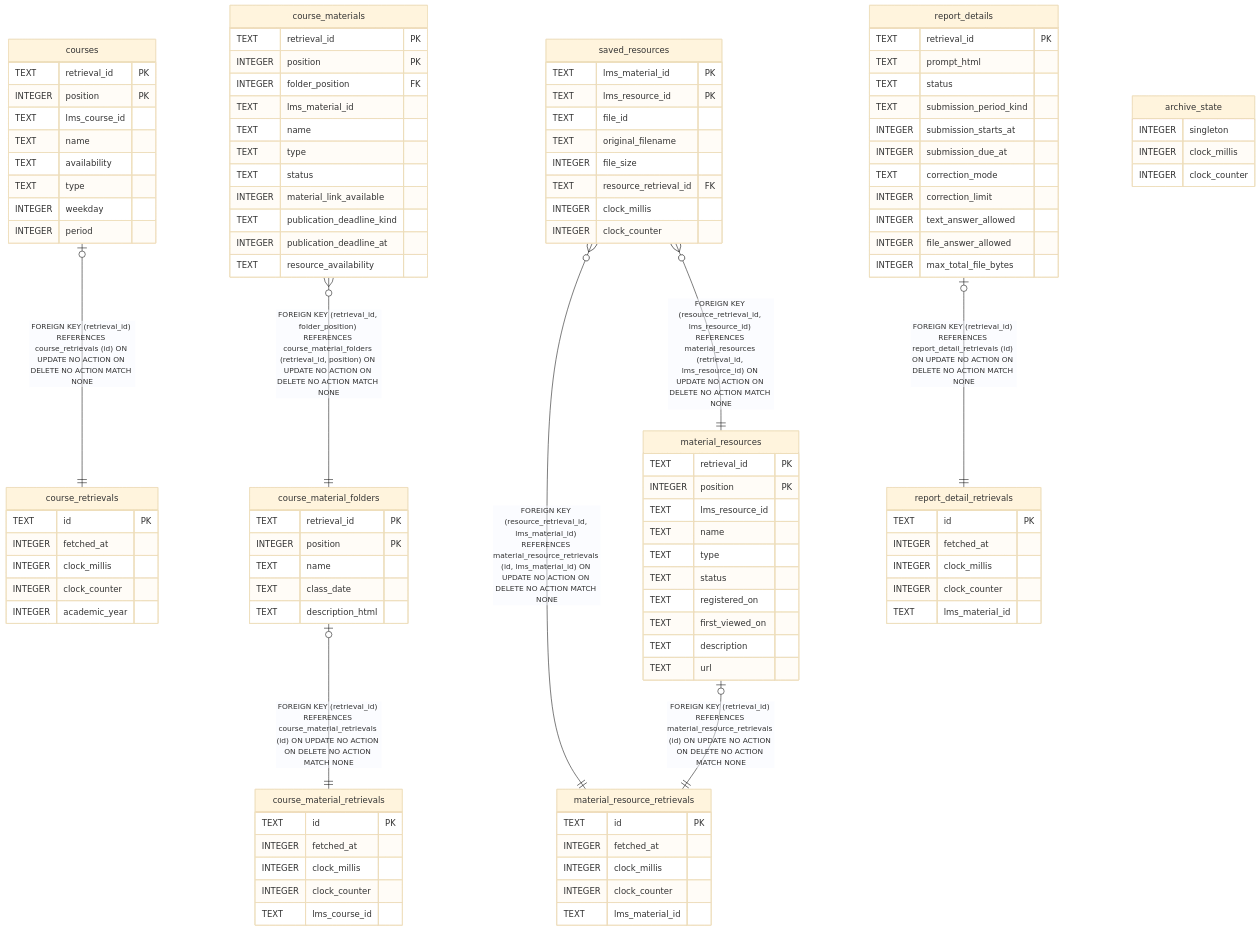
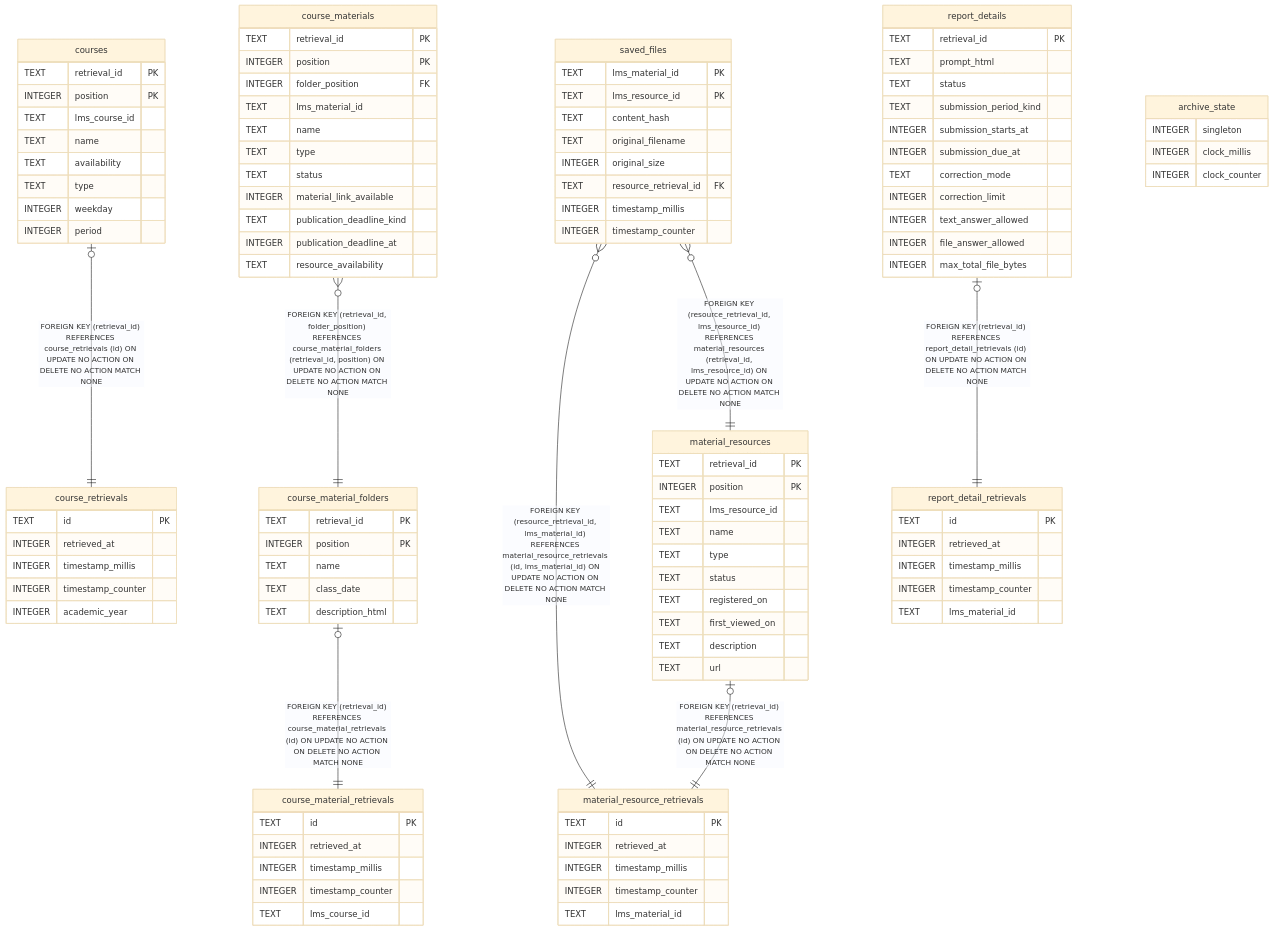
The diagram in docs/db/README.md (futsuuu/ku-potato), drawn with Mermaid (base theme) before and after one commit. The commit also changed other lines of this file and 57 other files, not shown here.

```diff
--- a/docs/db/README.md
+++ b/docs/db/README.md
@@ -25,8 +25,8 @@
 "course_material_folders" |o--|| "course_material_retrievals" : "FOREIGN KEY (retrieval_id) REFERENCES course_material_retrievals (id) ON UPDATE NO ACTION ON DELETE NO ACTION MATCH NONE"
 "course_materials" }o--|| "course_material_folders" : "FOREIGN KEY (retrieval_id, folder_position) REFERENCES course_material_folders (retrieval_id, position) ON UPDATE NO ACTION ON DELETE NO ACTION MATCH NONE"
 "material_resources" |o--|| "material_resource_retrievals" : "FOREIGN KEY (retrieval_id) REFERENCES material_resource_retrievals (id) ON UPDATE NO ACTION ON DELETE NO ACTION MATCH NONE"
-"saved_resources" }o--|| "material_resource_retrievals" : "FOREIGN KEY (resource_retrieval_id, lms_material_id) REFERENCES material_resource_retrievals (id, lms_material_id) ON UPDATE NO ACTION ON DELETE NO ACTION MATCH NONE"
-"saved_resources" }o--|| "material_resources" : "FOREIGN KEY (resource_retrieval_id, lms_resource_id) REFERENCES material_resources (retrieval_id, lms_resource_id) ON UPDATE NO ACTION ON DELETE NO ACTION MATCH NONE"
+"saved_files" }o--|| "material_resource_retrievals" : "FOREIGN KEY (resource_retrieval_id, lms_material_id) REFERENCES material_resource_retrievals (id, lms_material_id) ON UPDATE NO ACTION ON DELETE NO ACTION MATCH NONE"
+"saved_files" }o--|| "material_resources" : "FOREIGN KEY (resource_retrieval_id, lms_resource_id) REFERENCES material_resources (retrieval_id, lms_resource_id) ON UPDATE NO ACTION ON DELETE NO ACTION MATCH NONE"
 "report_details" |o--|| "report_detail_retrievals" : "FOREIGN KEY (retrieval_id) REFERENCES report_detail_retrievals (id) ON UPDATE NO ACTION ON DELETE NO ACTION MATCH NONE"
 
 "archive_state" {
@@ -36,9 +36,9 @@
 }
 "course_retrievals" {
   TEXT id PK
-  INTEGER fetched_at
-  INTEGER clock_millis
-  INTEGER clock_counter
+  INTEGER retrieved_at
+  INTEGER timestamp_millis
+  INTEGER timestamp_counter
   INTEGER academic_year
 }
 "courses" {
@@ -53,9 +53,9 @@
 }
 "course_material_retrievals" {
   TEXT id PK
-  INTEGER fetched_at
-  INTEGER clock_millis
-  INTEGER clock_counter
+  INTEGER retrieved_at
+  INTEGER timestamp_millis
+  INTEGER timestamp_counter
   TEXT lms_course_id
 }
 "course_material_folders" {
@@ -80,9 +80,9 @@
 }
 "material_resource_retrievals" {
   TEXT id PK
-  INTEGER fetched_at
-  INTEGER clock_millis
-  INTEGER clock_counter
+  INTEGER retrieved_at
+  INTEGER timestamp_millis
+  INTEGER timestamp_counter
   TEXT lms_material_id
 }
 "material_resources" {
@@ -97,21 +97,21 @@
   TEXT description
   TEXT url
 }
-"saved_resources" {
+"saved_files" {
   TEXT lms_material_id PK
   TEXT lms_resource_id PK
-  TEXT file_id
+  TEXT content_hash
   TEXT original_filename
-  INTEGER file_size
+  INTEGER original_size
   TEXT resource_retrieval_id FK
-  INTEGER clock_millis
-  INTEGER clock_counter
+  INTEGER timestamp_millis
+  INTEGER timestamp_counter
 }
 "report_detail_retrievals" {
   TEXT id PK
-  INTEGER fetched_at
-  INTEGER clock_millis
-  INTEGER clock_counter
+  INTEGER retrieved_at
+  INTEGER timestamp_millis
+  INTEGER timestamp_counter
   TEXT lms_material_id
 }
 "report_details" {
```
